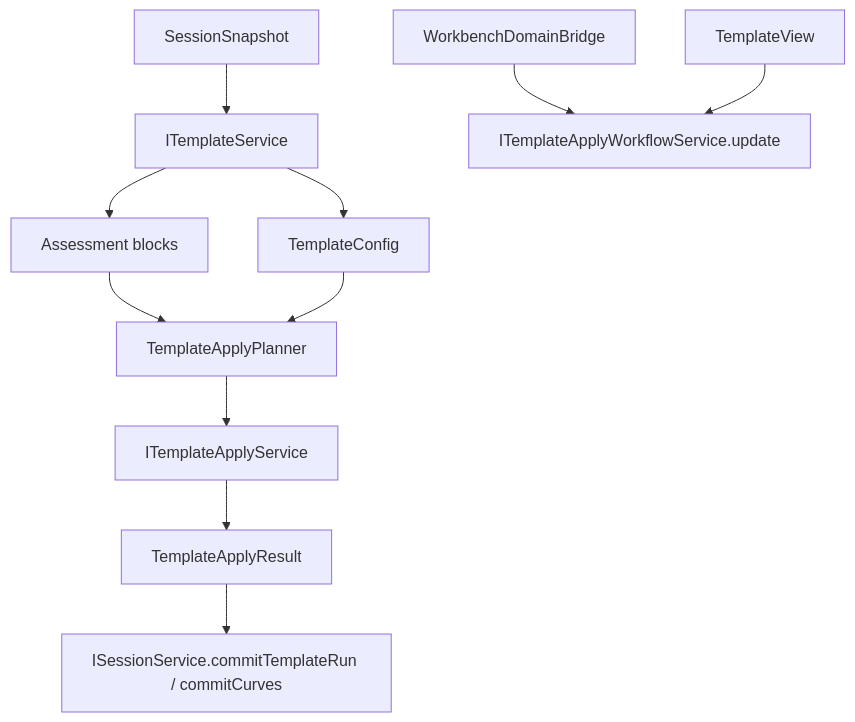
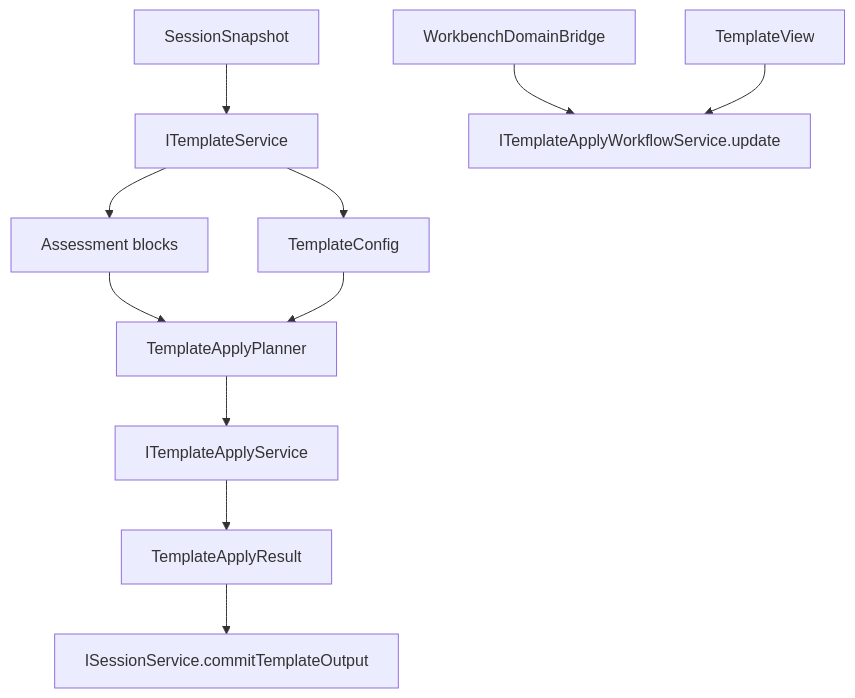
One commit to chogng/conductor changed the diagram in .github/instructions/template.instructions.md. Above: the diagram before and after it, drawn with Mermaid. The commit also changed other lines of this file and 22 other files, not shown here.

Commit message:
Add template output commit and pending source sync

````diff
--- a/.github/instructions/template.instructions.md
+++ b/.github/instructions/template.instructions.md
@@ -71,13 +71,13 @@
 ```mermaid
 flowchart TD
     Snapshot[SessionSnapshot] --> Template[ITemplateService]
     Template --> Assessment[Assessment blocks]
     Template --> Config[TemplateConfig]
     DomainBridge[WorkbenchDomainBridge] --> Workflow[ITemplateApplyWorkflowService.update]
     TemplateView --> Workflow
     Assessment --> Planner[TemplateApplyPlanner]
     Config --> Planner
     Planner --> Worker[ITemplateApplyService]
     Worker --> Result[TemplateApplyResult]
-    Result --> Commit[ISessionService.commitTemplateRun / commitCurves]
+    Result --> Commit[ISessionService.commitTemplateOutput]
 ```
````
